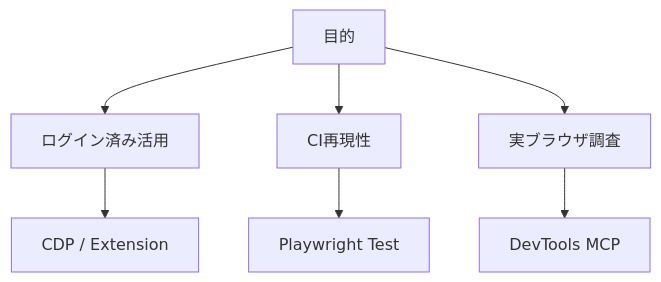
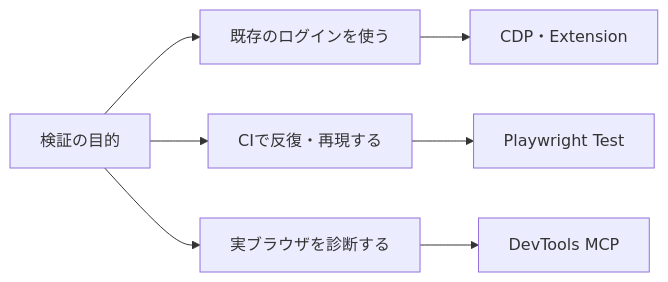
Before and after one commit to daylight55/research: the first of 2 diagrams in articles/report/browser-e2e-mcp-agent-skills/ja/index.mdx, drawn with Mermaid. The commit also changed other lines of this file and 181 other files, not shown here.

First line of the commit message:
全記事の図解368点を再生成し、共通注意書きを削除 (#402)

````diff
--- a/articles/report/browser-e2e-mcp-agent-skills/ja/index.mdx
+++ b/articles/report/browser-e2e-mcp-agent-skills/ja/index.mdx
@@ -39,9 +39,18 @@
 ```mermaid
-flowchart TD
-  Goal["目的"] --> Login["ログイン済み活用"]
-  Goal --> CI["CI再現性"]
-  Goal --> Debug["実ブラウザ調査"]
-  Login --> CDP["CDP / Extension"]
-  CI --> Test["Playwright Test"]
-  Debug --> DevTools["DevTools MCP"]
+flowchart LR
+  accTitle: ブラウザ検証の目的から接続方法を選ぶ
+  accDescr: ログイン状態の利用、CIでの再現、実ブラウザの診断では必要な接続と検証手段が変わる。
+  N0["検証の目的"]
+  N1["既存のログインを使う"]
+  N2["CDP・Extension"]
+  N3["CIで反復・再現する"]
+  N4["Playwright Test"]
+  N5["実ブラウザを診断する"]
+  N6["DevTools MCP"]
+  N0 --> N1
+  N1 --> N2
+  N0 --> N3
+  N3 --> N4
+  N0 --> N5
+  N5 --> N6
 ```
````
